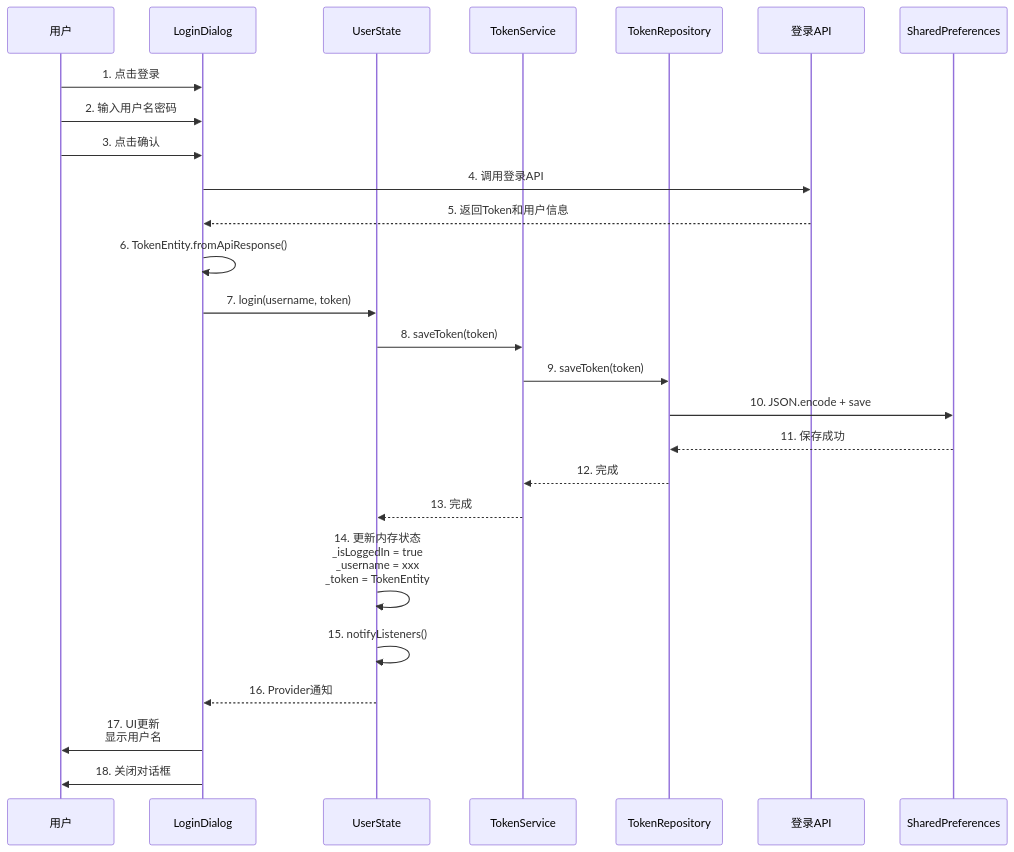
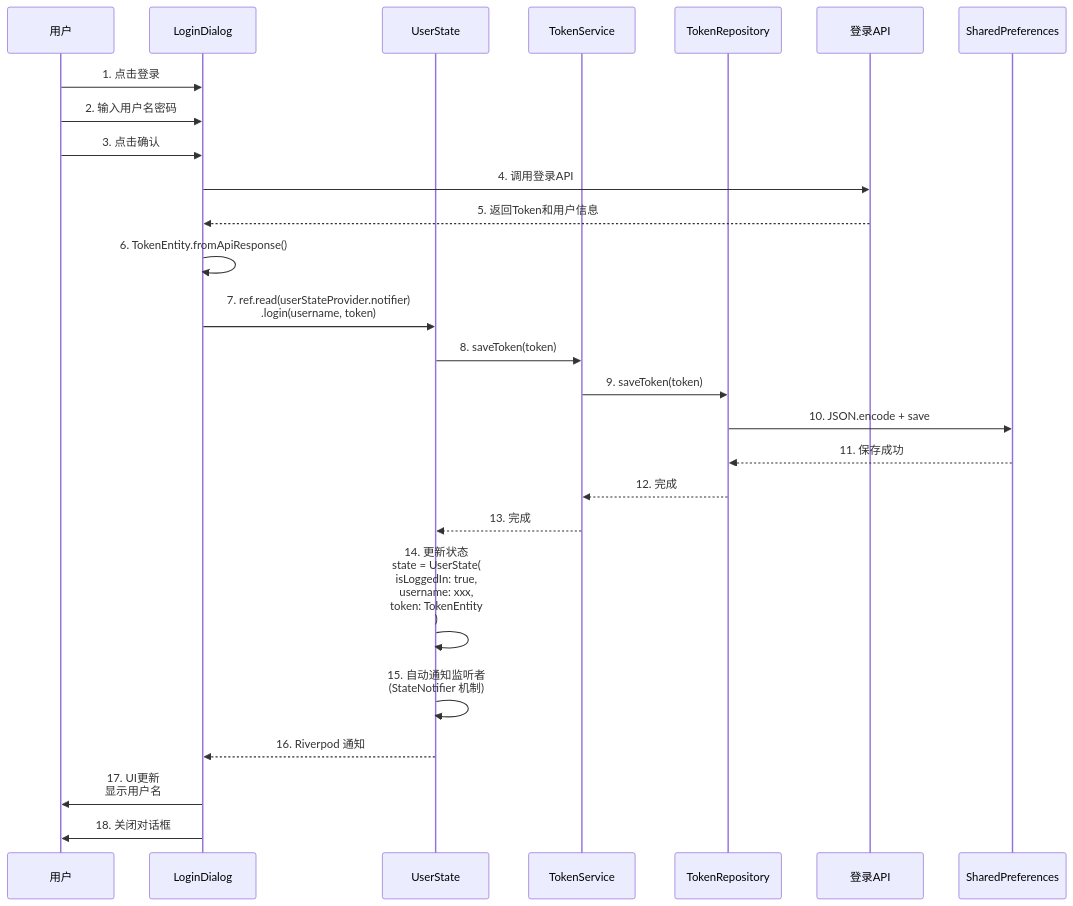
One commit to jianguofan/flutter_zero_copy changed the second of 12 diagrams in docs/AUTH_STATE_MERMAID_DIAGRAM.md. Above: the diagram before and after it, drawn with Mermaid. The commit also changed other lines of this file, not shown here.

First line of the commit message:
docs: 更新 AUTH_STATE_MERMAID_DIAGRAM.md 使用 Riverpod 术语

````diff
--- a/docs/AUTH_STATE_MERMAID_DIAGRAM.md
+++ b/docs/AUTH_STATE_MERMAID_DIAGRAM.md
@@ -69,36 +71,36 @@
 ```mermaid
 sequenceDiagram
     participant User as 用户
     participant Dialog as LoginDialog
     participant State as UserState
     participant Service as TokenService
     participant Repo as TokenRepository
     participant API as 登录API
     participant Storage as SharedPreferences
     
     User->>Dialog: 1. 点击登录
     User->>Dialog: 2. 输入用户名密码
     User->>Dialog: 3. 点击确认
     
     Dialog->>API: 4. 调用登录API
     API-->>Dialog: 5. 返回Token和用户信息
     
     Dialog->>Dialog: 6. TokenEntity.fromApiResponse()
     
-    Dialog->>State: 7. login(username, token)
+    Dialog->>State: 7. ref.read(userStateProvider.notifier)<br/>.login(username, token)
     
     State->>Service: 8. saveToken(token)
     Service->>Repo: 9. saveToken(token)
     Repo->>Storage: 10. JSON.encode + save
     Storage-->>Repo: 11. 保存成功
     Repo-->>Service: 12. 完成
     Service-->>State: 13. 完成
     
-    State->>State: 14. 更新内存状态<br/>_isLoggedIn = true<br/>_username = xxx<br/>_token = TokenEntity
+    State->>State: 14. 更新状态<br/>state = UserState(<br/>  isLoggedIn: true,<br/>  username: xxx,<br/>  token: TokenEntity<br/>)
     
-    State->>State: 15. notifyListeners()
-    State-->>Dialog: 16. Provider通知
+    State->>State: 15. 自动通知监听者<br/>(StateNotifier 机制)
+    State-->>Dialog: 16. Riverpod 通知
     
     Dialog->>User: 17. UI更新<br/>显示用户名
     Dialog->>User: 18. 关闭对话框
 ```
````
